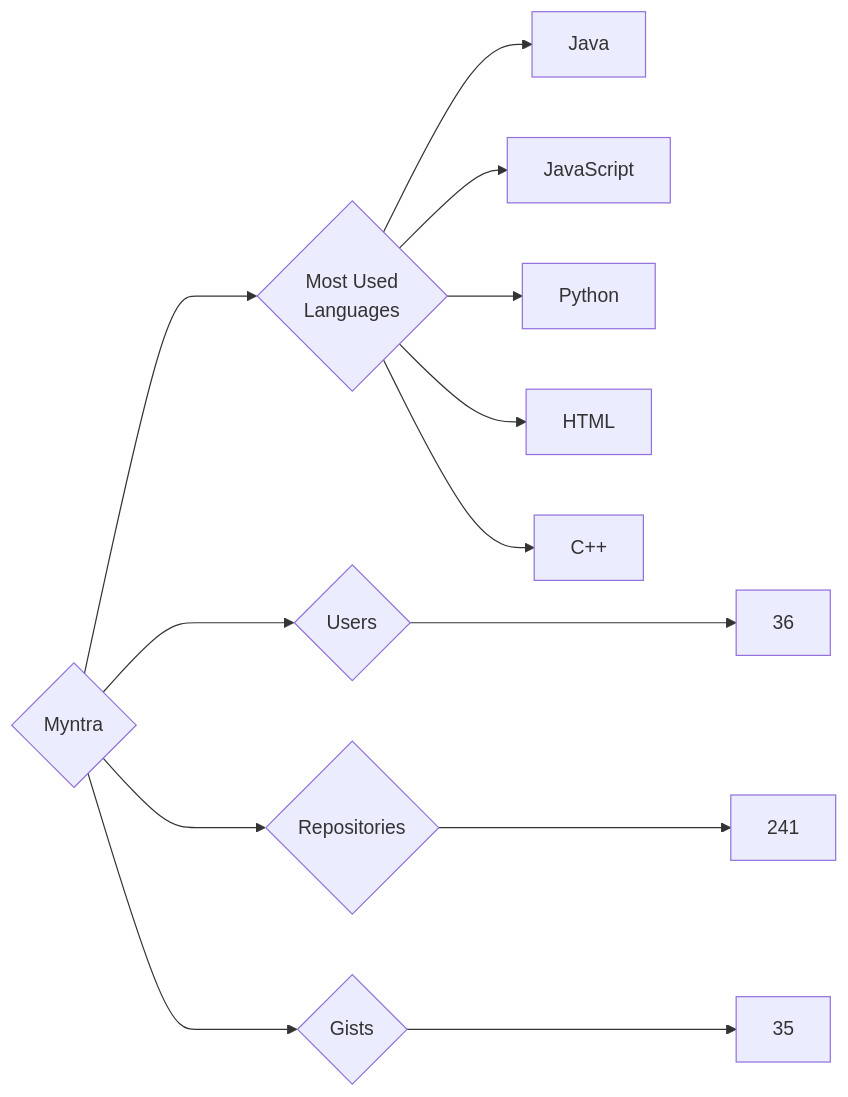
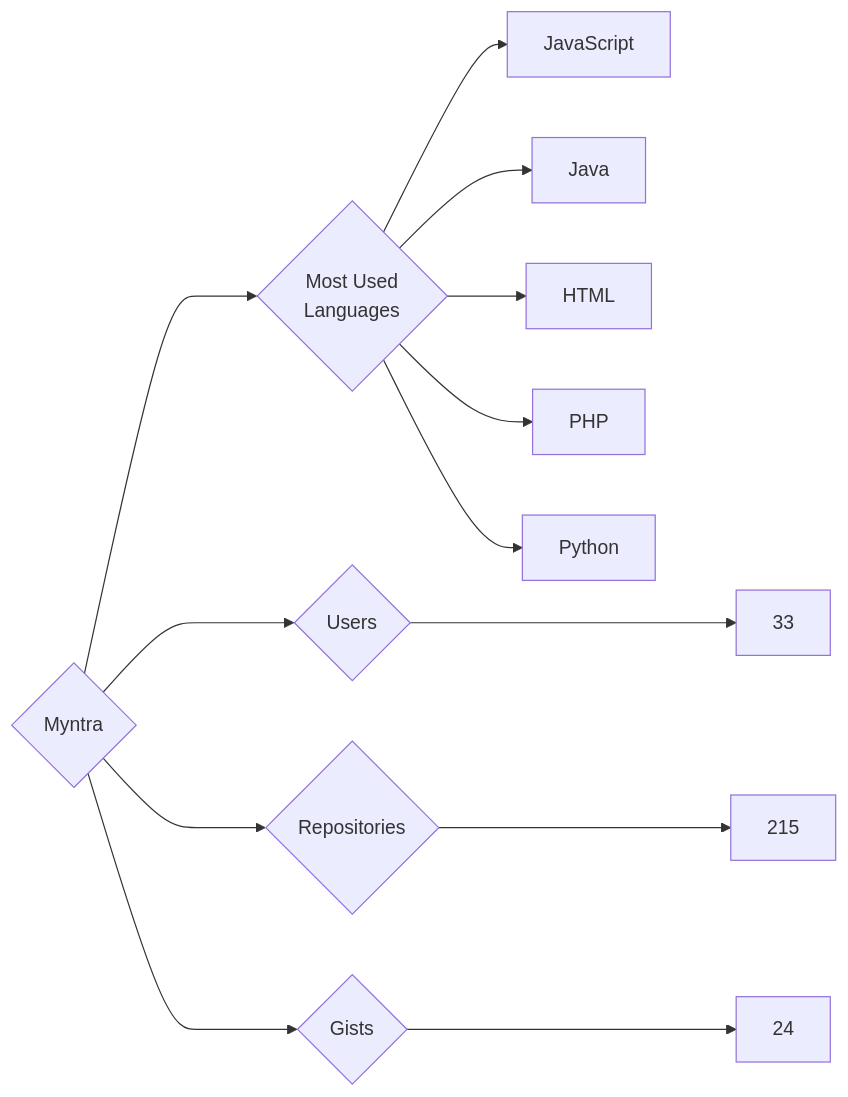
One commit to trickest/insiders changed the diagram in targets/Myntra/README.md. Above: the diagram before and after it, drawn with Mermaid. The commit also changed 972 other files, not shown here.

````diff
--- a/targets/Myntra/README.md
+++ b/targets/Myntra/README.md
@@ -3,13 +3,13 @@
 ```mermaid
 graph LR
 COMPANY_NAME{Myntra}
-COMPANY_NAME ---> U{Users} ---> UN[36]
-COMPANY_NAME ---> R{Repositories} ---> RN[241]
-COMPANY_NAME ---> G{Gists} ---> GN[35]
+COMPANY_NAME ---> U{Users} ---> UN[33]
+COMPANY_NAME ---> R{Repositories} ---> RN[215]
+COMPANY_NAME ---> G{Gists} ---> GN[24]
 COMPANY_NAME ---> ML{Most Used<br>Languages}
+ML --> JavaScript[JavaScript]
 ML --> Java[Java]
-ML --> JavaScript[JavaScript]
+ML --> HTML[HTML]
+ML --> PHP[PHP]
 ML --> Python[Python]
-ML --> HTML[HTML]
-ML --> C++[C++]
 ```
````
